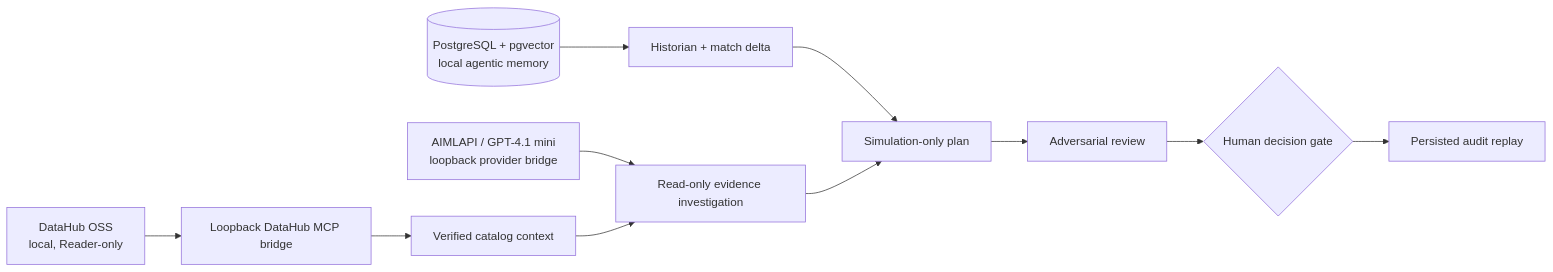
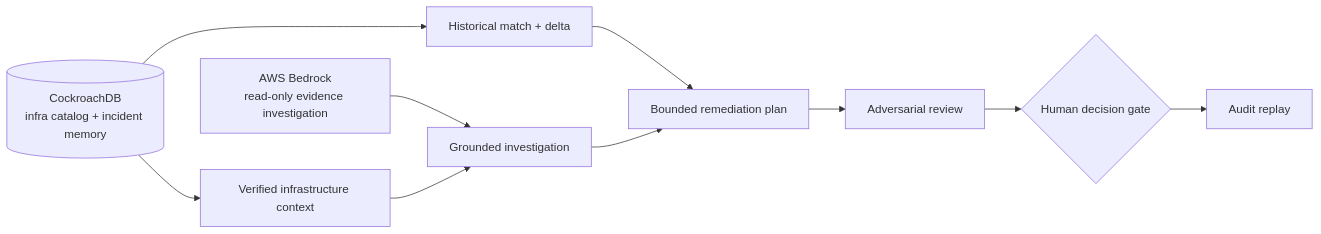
One commit to resilientbeast/EvidenceOps changed the diagram in README.md. Above: the diagram before and after it, drawn with Mermaid. The commit also changed other lines of this file and 36 other files, not shown here.

Commit message:
refactor: remove legacy DataHub demo surface

````diff
--- a/README.md
+++ b/README.md
@@ -36,13 +13,12 @@
 ```mermaid
 flowchart LR
-  DH["DataHub OSS\nlocal, Reader-only"] --> MCP["Loopback DataHub MCP bridge"]
-  MCP --> CTX["Verified catalog context"]
-  PG[("PostgreSQL + pgvector\nlocal agentic memory")] --> HIST["Historian + match delta"]
-  AI["AIMLAPI / GPT-4.1 mini\nloopback provider bridge"] --> INV["Read-only evidence investigation"]
+  CRDB[("CockroachDB\ninfra catalog + incident memory")] --> CTX["Verified infrastructure context"]
+  CRDB --> HIST["Historical match + delta"]
+  BED["AWS Bedrock\nread-only evidence investigation"] --> INV["Grounded investigation"]
   CTX --> INV
-  HIST --> PLAN["Simulation-only plan"]
+  HIST --> PLAN["Bounded remediation plan"]
   INV --> PLAN
   PLAN --> REVIEW["Adversarial review"]
   REVIEW --> GATE{"Human decision gate"}
-  GATE --> AUDIT["Persisted audit replay"]
+  GATE --> AUDIT["Audit replay"]
 ```
````
